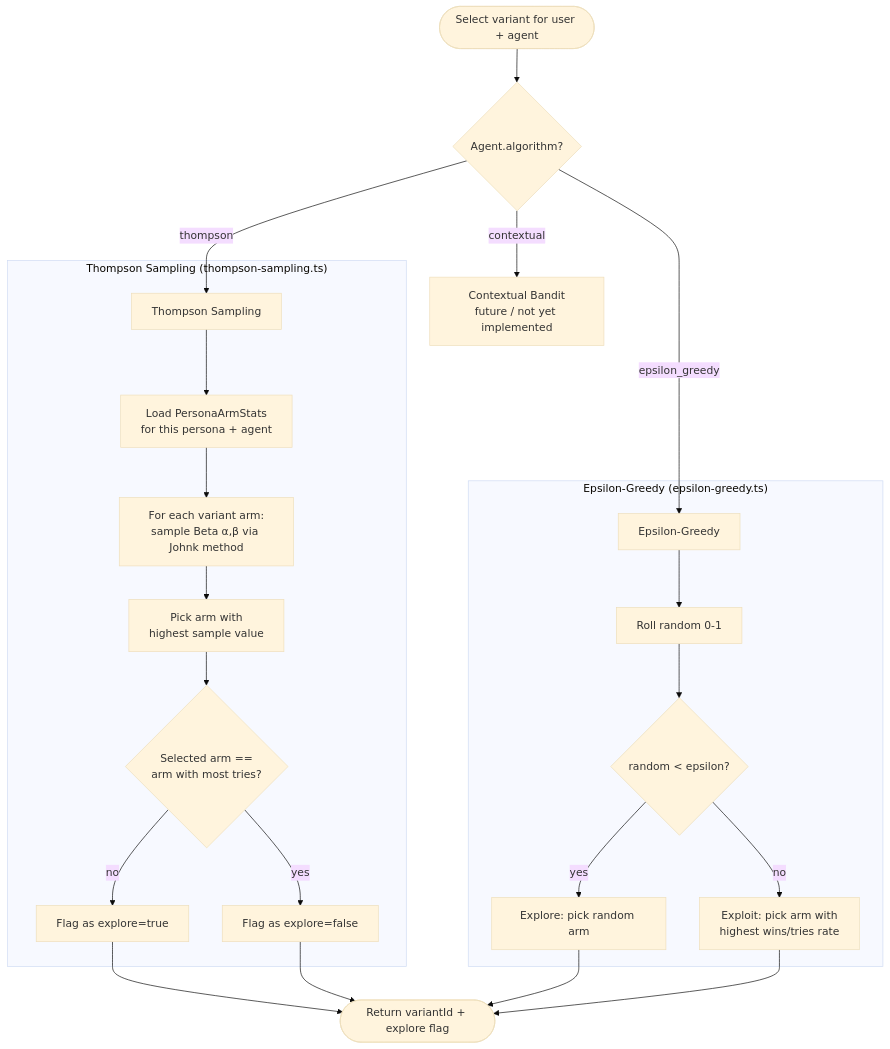
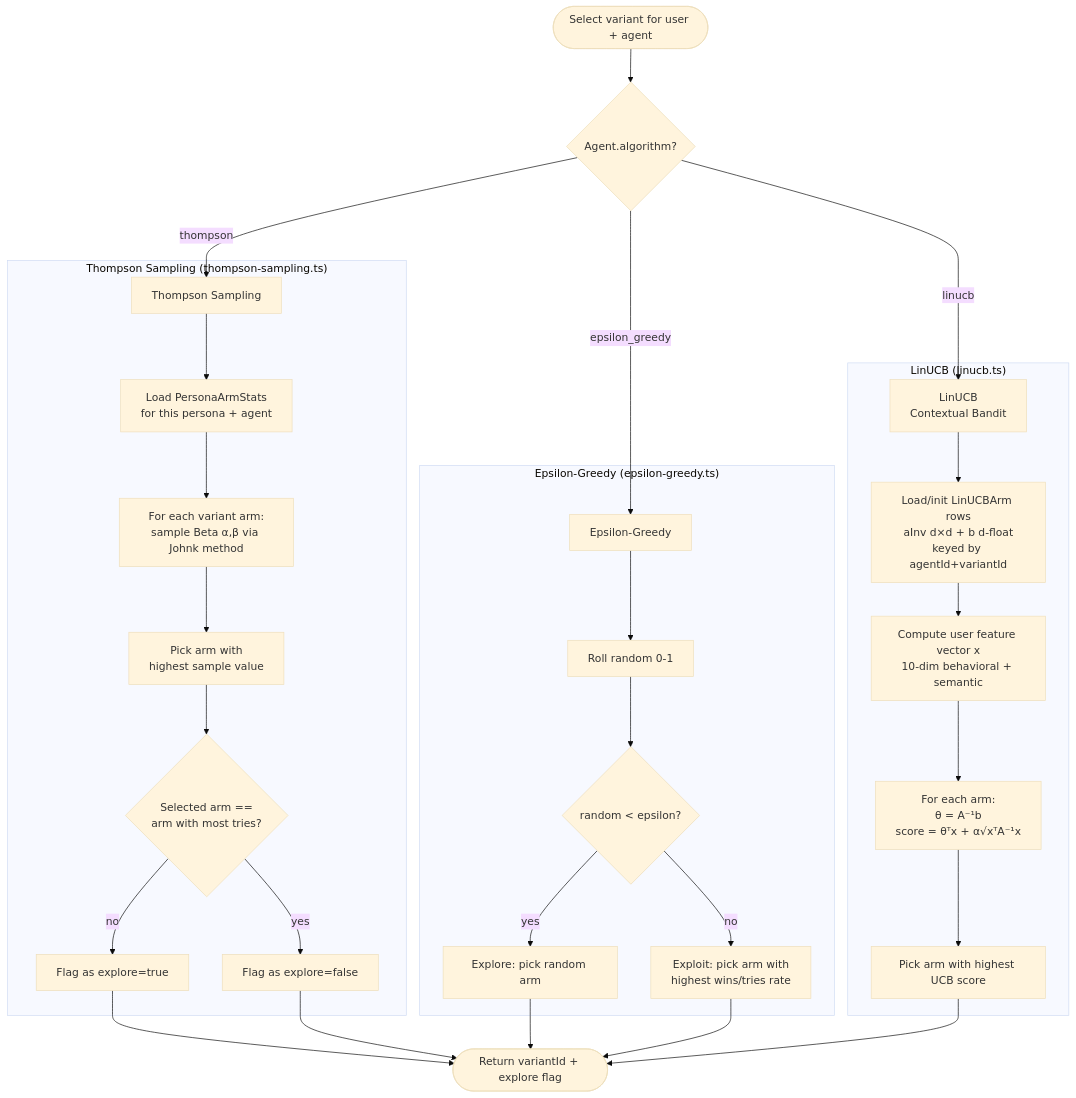
Before and after one commit to ender1311/nexusAi: the first of 5 diagrams in docs/bandit-engine.md, drawn with Mermaid (base theme). The commit also changed other lines of this file and 9 other files, not shown here.

First line of the commit message:
docs: update architecture docs for 10-dim feature vector and LinUCB

````diff
--- a/docs/bandit-engine.md
+++ b/docs/bandit-engine.md
@@ -7,29 +7,37 @@
 ```mermaid
 flowchart TD
     START([Select variant for user + agent]) --> ALGO{Agent.algorithm?}
 
     ALGO -->|thompson| TS_FLOW[Thompson Sampling]
     ALGO -->|epsilon_greedy| EG_FLOW[Epsilon-Greedy]
-    ALGO -->|contextual| CTX[Contextual Bandit<br/>future / not yet implemented]
+    ALGO -->|linucb| LU_FLOW[LinUCB<br/>Contextual Bandit]
 
     subgraph TS["Thompson Sampling (thompson-sampling.ts)"]
         TS_FLOW --> TS1[Load PersonaArmStats<br/>for this persona + agent]
         TS1 --> TS2[For each variant arm:<br/>sample Beta α,β via Johnk method]
         TS2 --> TS3[Pick arm with<br/>highest sample value]
         TS3 --> TS4{Selected arm ==<br/>arm with most tries?}
         TS4 -->|no| TS5[Flag as explore=true]
         TS4 -->|yes| TS6[Flag as explore=false]
     end
 
     subgraph EG["Epsilon-Greedy (epsilon-greedy.ts)"]
         EG_FLOW --> EG1[Roll random 0-1]
         EG1 --> EG2{random < epsilon?}
         EG2 -->|yes| EG3[Explore: pick random arm]
         EG2 -->|no| EG4[Exploit: pick arm with<br/>highest wins/tries rate]
     end
 
+    subgraph LU["LinUCB (linucb.ts)"]
+        LU_FLOW --> LU1[Load/init LinUCBArm rows<br/>aInv d×d + b d-float<br/>keyed by agentId+variantId]
+        LU1 --> LU2[Compute user feature vector x<br/>10-dim behavioral + semantic]
+        LU2 --> LU3[For each arm:<br/>θ = A⁻¹b<br/>score = θᵀx + α√xᵀA⁻¹x]
+        LU3 --> LU4[Pick arm with highest UCB score]
+    end
+
     TS5 --> RESULT([Return variantId + explore flag])
     TS6 --> RESULT
     EG3 --> RESULT
     EG4 --> RESULT
+    LU4 --> RESULT
 ```
````
